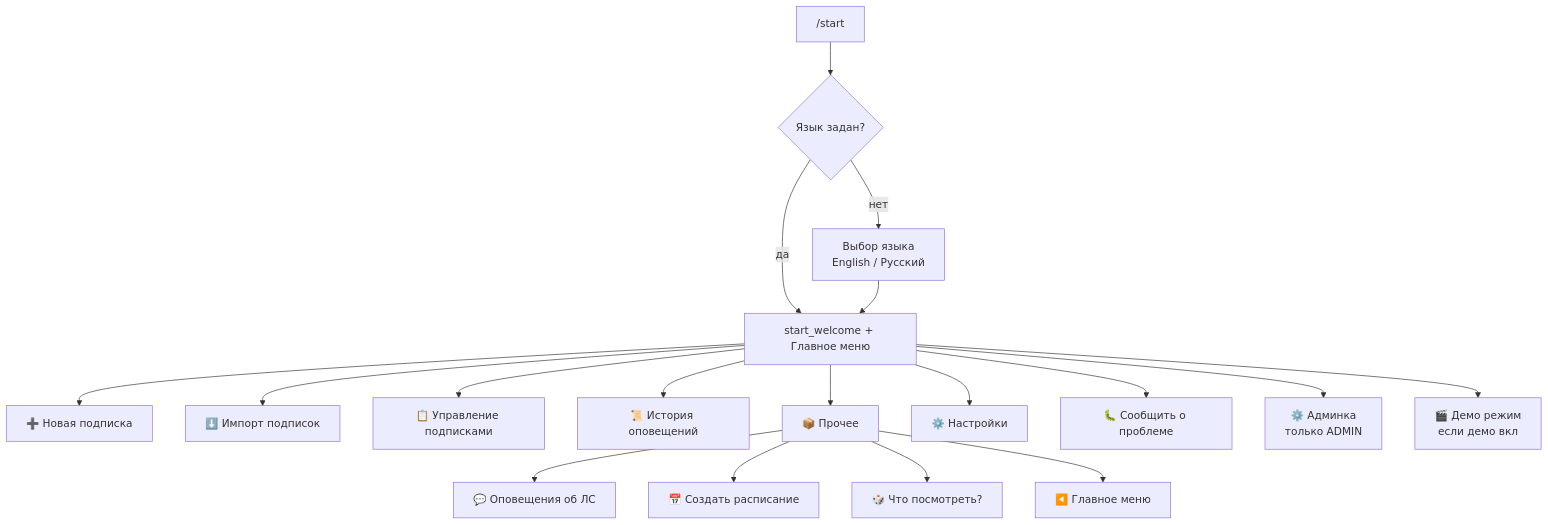
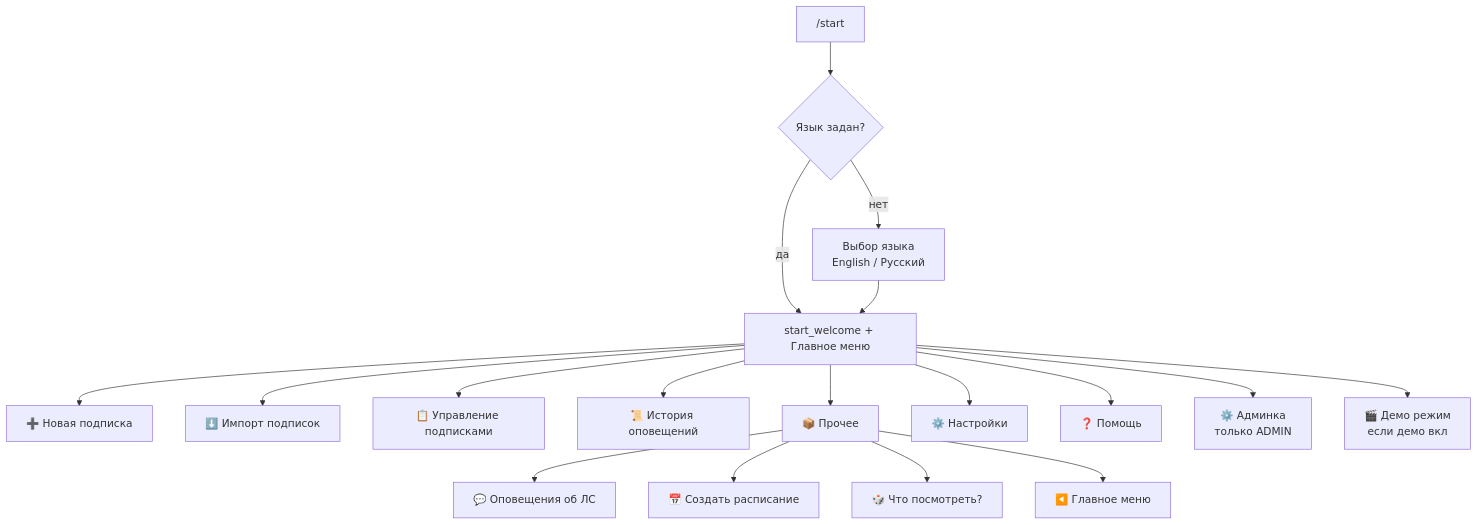
One commit to Marfa/twitch-telegram-bot changed the first of 3 diagrams in docs/user-flow-map.ru.md. Above: the diagram before and after it, drawn with Mermaid. The commit also changed other lines of this file and 5 other files, not shown here.

````diff
--- a/docs/user-flow-map.ru.md
+++ b/docs/user-flow-map.ru.md
@@ -21,21 +21,21 @@
 ```mermaid
 flowchart TD
   S["/start"] --> L{Язык задан?}
   L -->|нет| LANG["Выбор языка<br/>English / Русский"]
   L -->|да| W["start_welcome + Главное меню"]
   LANG --> W
 
   W --> NEW["➕ Новая подписка"]
   W --> IMP["⬇️ Импорт подписок"]
   W --> SUB["📋 Управление подписками"]
   W --> HIS["📜 История оповещений"]
   W --> OTH["📦 Прочее"]
   W --> SET["⚙️ Настройки"]
-  W --> FB["🐛 Сообщить о проблеме"]
+  W --> FB["❓ Помощь"]
   W --> ADM["⚙️ Админка<br/>только ADMIN"]
   W --> DEM["🎬 Демо режим<br/>если демо вкл"]
   OTH --> WH["💬 Оповещения об ЛС"]
   OTH --> SCH["📅 Создать расписание"]
   OTH --> WAT["🎲 Что посмотреть?"]
   OTH --> BACK["◀️ Главное меню"]
 ```
````
